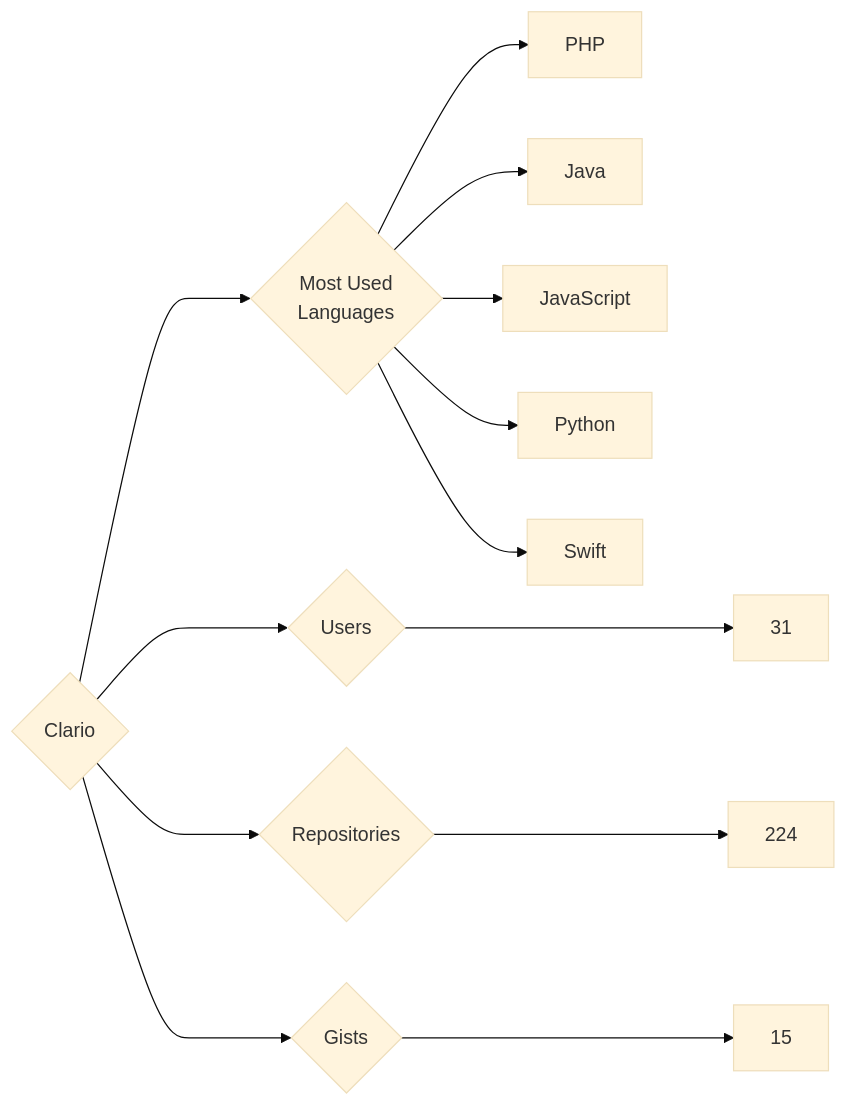
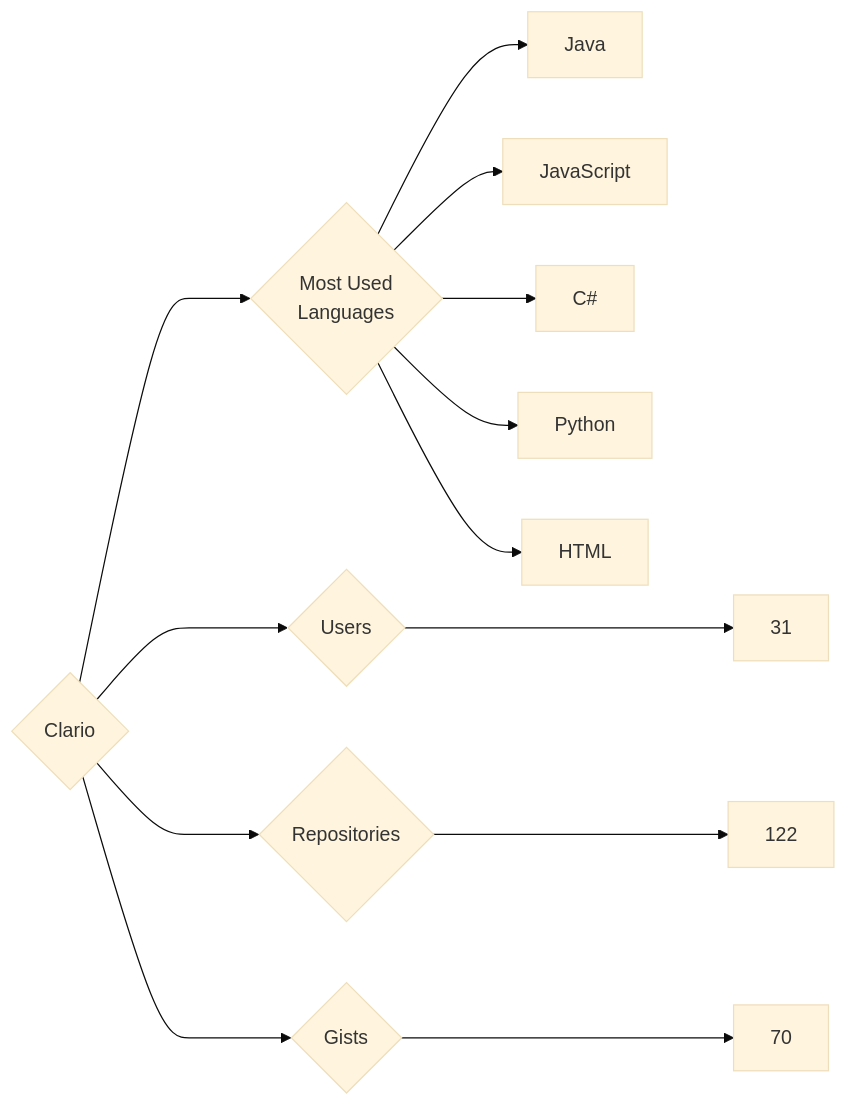
Before and after one commit to trickest/insiders: the diagram in targets/Clario/README.md, drawn with Mermaid (base theme). The commit also changed 614 other files, not shown here.

````diff
--- a/targets/Clario/README.md
+++ b/targets/Clario/README.md
@@ -3,13 +3,13 @@
 ```mermaid
 graph LR
 COMPANY_NAME{Clario}
 COMPANY_NAME ---> U{Users} ---> UN[31]
-COMPANY_NAME ---> R{Repositories} ---> RN[224]
-COMPANY_NAME ---> G{Gists} ---> GN[15]
+COMPANY_NAME ---> R{Repositories} ---> RN[122]
+COMPANY_NAME ---> G{Gists} ---> GN[70]
 COMPANY_NAME ---> ML{Most Used<br>Languages}
-ML --> PHP[PHP]
 ML --> Java[Java]
 ML --> JavaScript[JavaScript]
+ML --> C#[C#]
 ML --> Python[Python]
-ML --> Swift[Swift]
+ML --> HTML[HTML]
 ```
````
